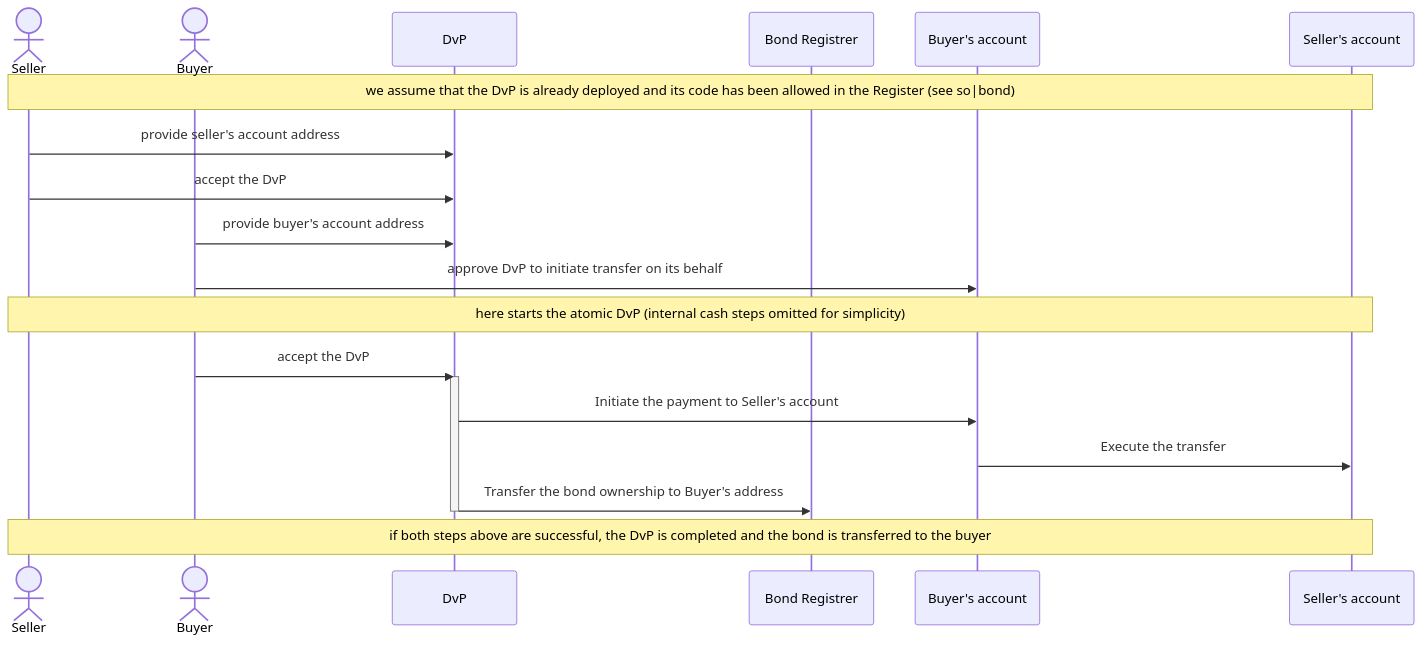
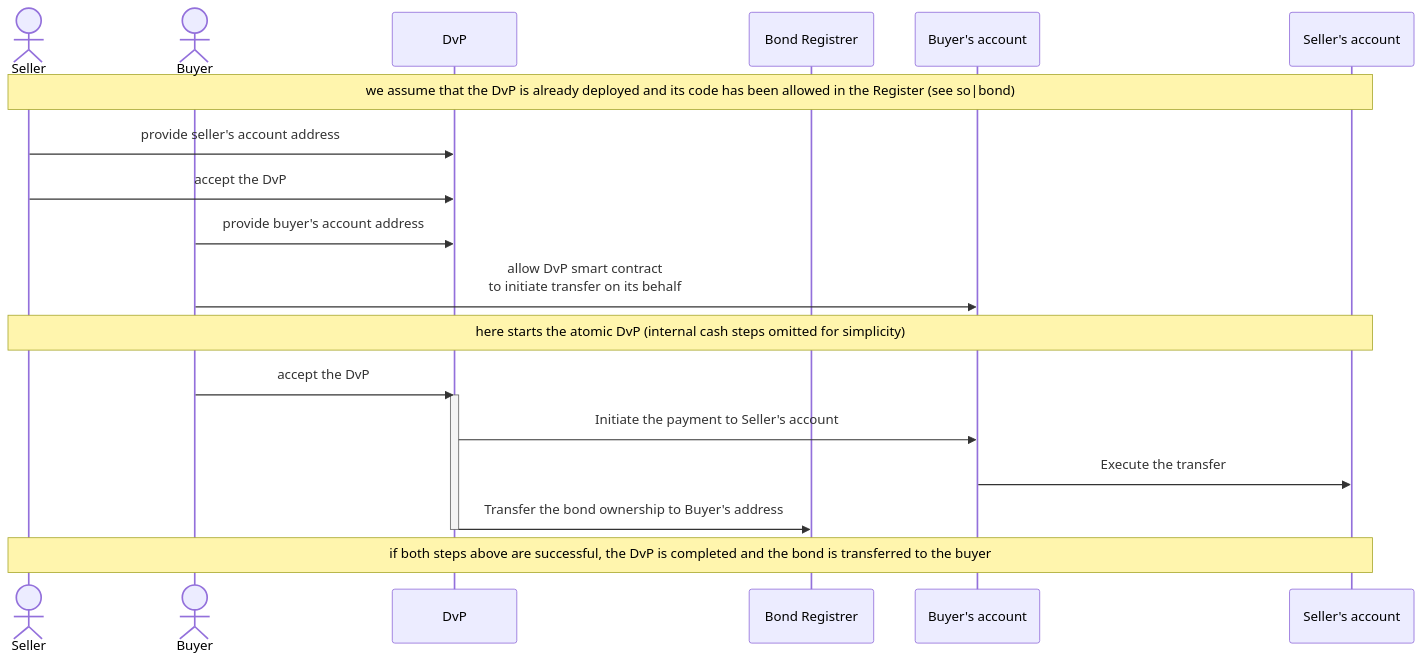
Before and after one commit to so-cash/.github: the fourth of 4 diagrams in profile/README.md, drawn with Mermaid. The commit also changed other lines of this file, not shown here.

Commit message:
feat: Update DvP Diagram and add explanations

````diff
--- a/profile/README.md
+++ b/profile/README.md
@@ -287,27 +298,27 @@
 ```mermaid
 sequenceDiagram;
   actor Seller as Seller;
   actor Buyer as Buyer; 
   participant DvP as DvP;
   participant Register as Bond Registrer;
   participant BuyerAccount as Buyer's account;
   participant SellerAccount as Seller's account;
 
   note over Seller,SellerAccount: we assume that the DvP is already deployed and its code has been allowed in the Register (see so|bond)
 
   Seller->>DvP: provide seller's account address
   Seller->>DvP: accept the DvP
 
   Buyer->>DvP: provide buyer's account address
-  Buyer->>BuyerAccount: approve DvP to initiate transfer on its behalf
+  Buyer->>BuyerAccount: allow DvP smart contract <br>to initiate transfer on its behalf
 
   note over Seller,SellerAccount: here starts the atomic DvP (internal cash steps omitted for simplicity)
   Buyer->>DvP: accept the DvP
   activate DvP
   DvP->>BuyerAccount: Initiate the payment to Seller's account
   BuyerAccount->>SellerAccount: Execute the transfer
   DvP->>Register: Transfer the bond ownership to Buyer's address
   deactivate DvP
 
   note over Seller,SellerAccount: if both steps above are successful, the DvP is completed and the bond is transferred to the buyer
 ```
````
